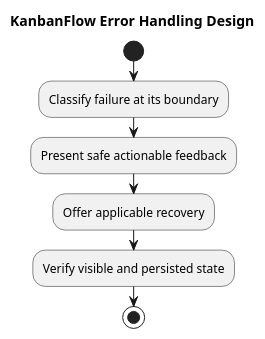
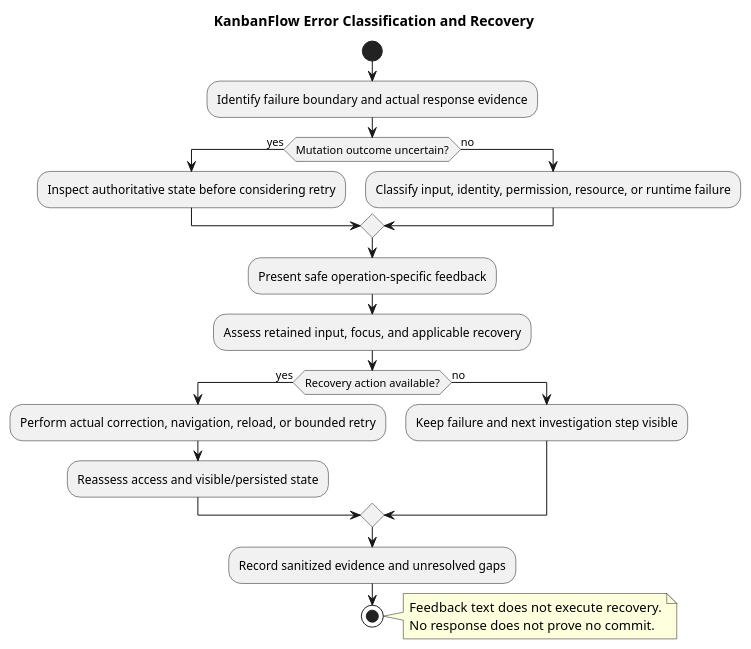
The diagram in docs/SDLC/04-design/error-handling-design.md (Farhad-Valizadegan/Web-KanbanFlow), drawn with PlantUML before and after one commit. The commit also changed other lines of this file and 2 other files, not shown here.

Commit message:
docs: complete error handling recovery and verification design

````diff
--- a/docs/SDLC/04-design/error-handling-design.md
+++ b/docs/SDLC/04-design/error-handling-design.md
@@ -30,11 +106,26 @@
 ```plantuml
 @startuml
-title KanbanFlow Error Handling Design
+title KanbanFlow Error Classification and Recovery
 start
-:Classify failure at its boundary;
-:Present safe actionable feedback;
-:Offer applicable recovery;
-:Verify visible and persisted state;
+:Identify failure boundary and actual response evidence;
+if (Mutation outcome uncertain?) then (yes)
+ :Inspect authoritative state before considering retry;
+else (no)
+ :Classify input, identity, permission, resource, or runtime failure;
+endif
+:Present safe operation-specific feedback;
+:Assess retained input, focus, and applicable recovery;
+if (Recovery action available?) then (yes)
+ :Perform actual correction, navigation, reload, or bounded retry;
+ :Reassess access and visible/persisted state;
+else (no)
+ :Keep failure and next investigation step visible;
+endif
+:Record sanitized evidence and unresolved gaps;
 stop
+note right
+Feedback text does not execute recovery.
+No response does not prove no commit.
+end note
 @enduml
 ```
````
